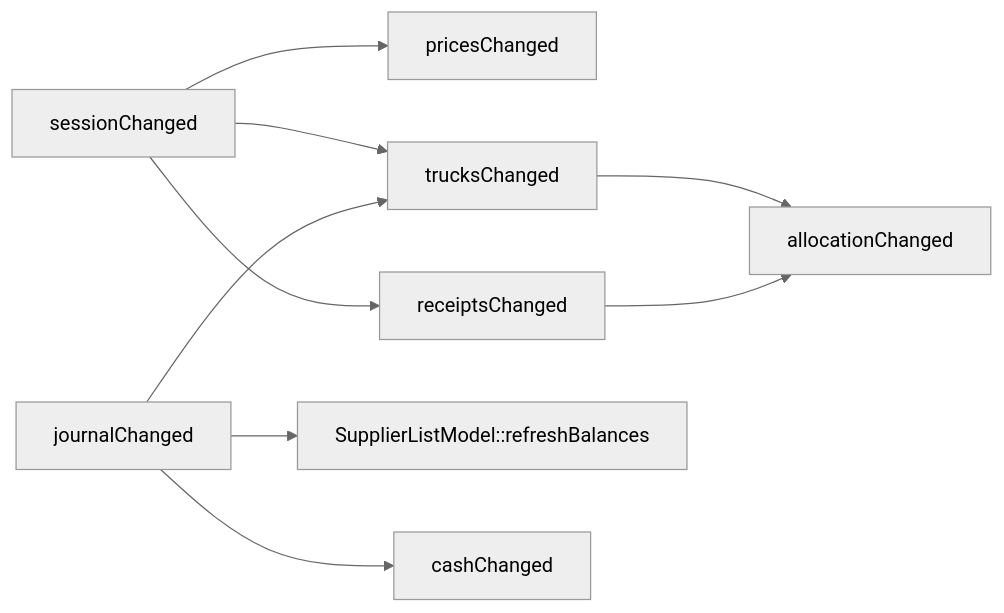
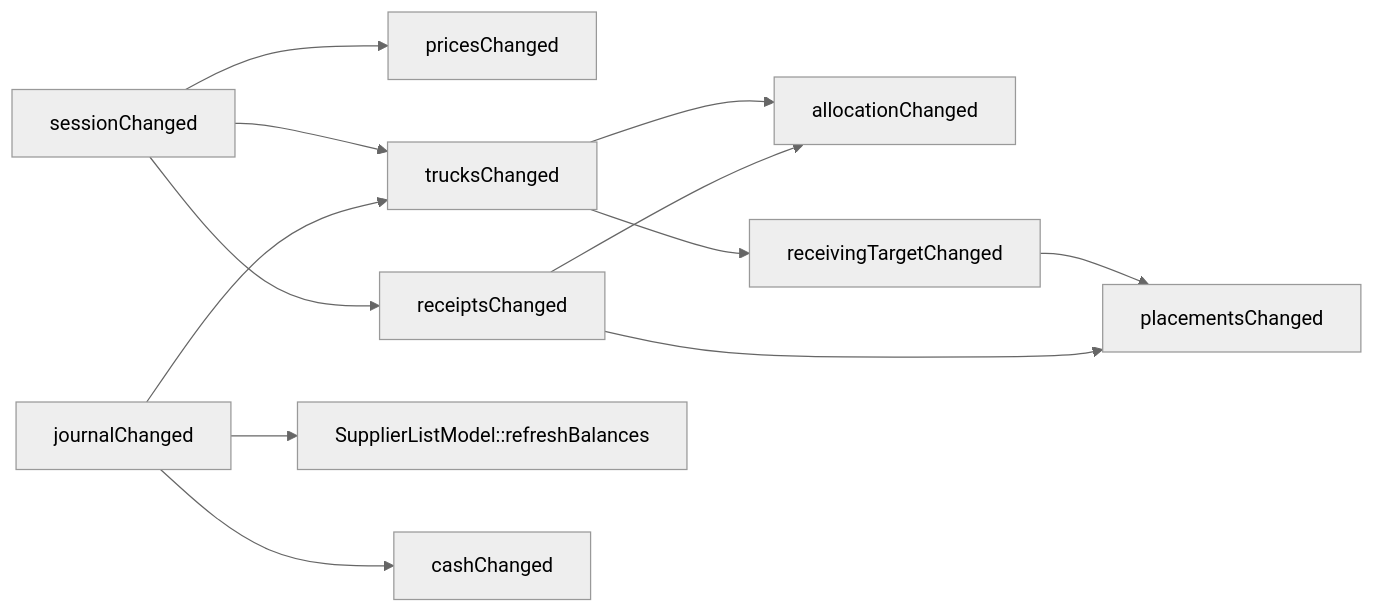
One commit to IsNazarii/Berry-WMS-Terminal changed the diagram in docs/ui.md. Above: the diagram before and after it, drawn with Mermaid (neutral theme). The commit also changed other lines of this file and 4 other files, not shown here.

````diff
--- a/docs/ui.md
+++ b/docs/ui.md
@@ -324,11 +335,14 @@
 ```mermaid
 flowchart LR
     S[sessionChanged] --> P[pricesChanged]
     S --> T[trucksChanged]
     S --> R[receiptsChanged]
     J[journalChanged] --> T
     J --> M["SupplierListModel::refreshBalances"]
     J --> C[cashChanged]
     T --> A[allocationChanged]
     R --> A
+    T --> G[receivingTargetChanged]
+    G --> N[placementsChanged]
+    R --> N
 ```
````
